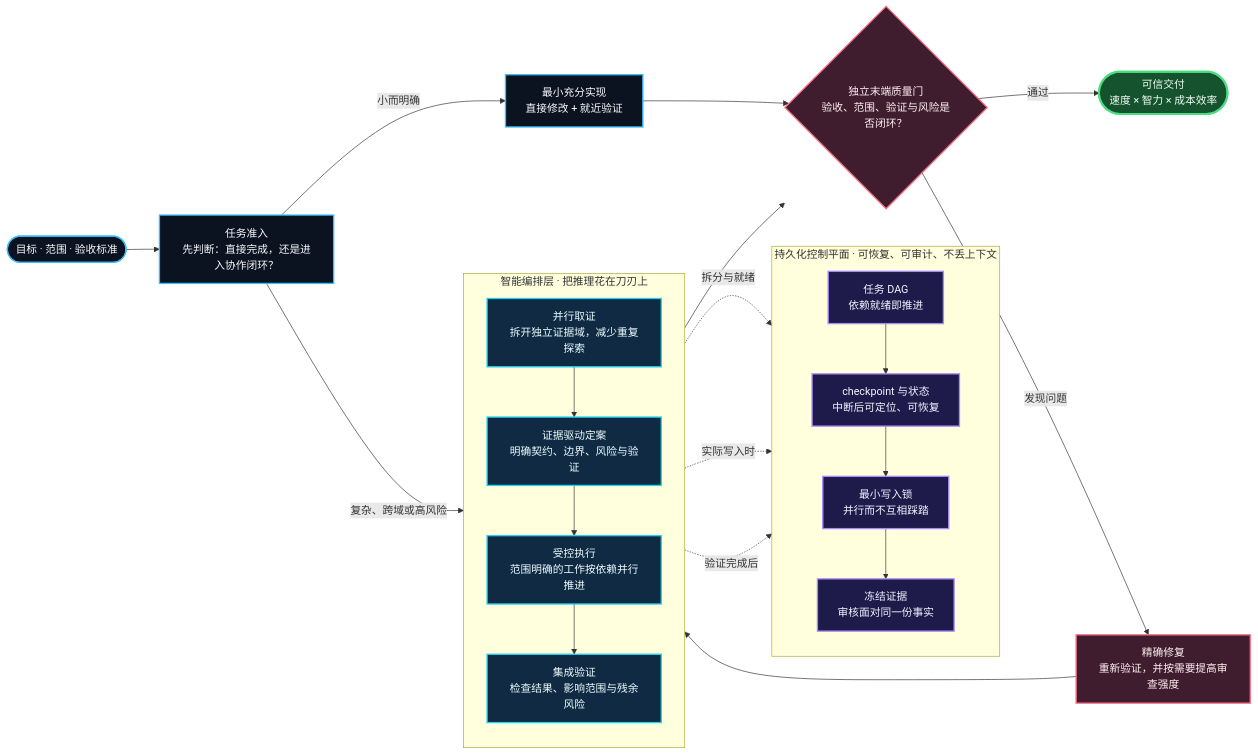
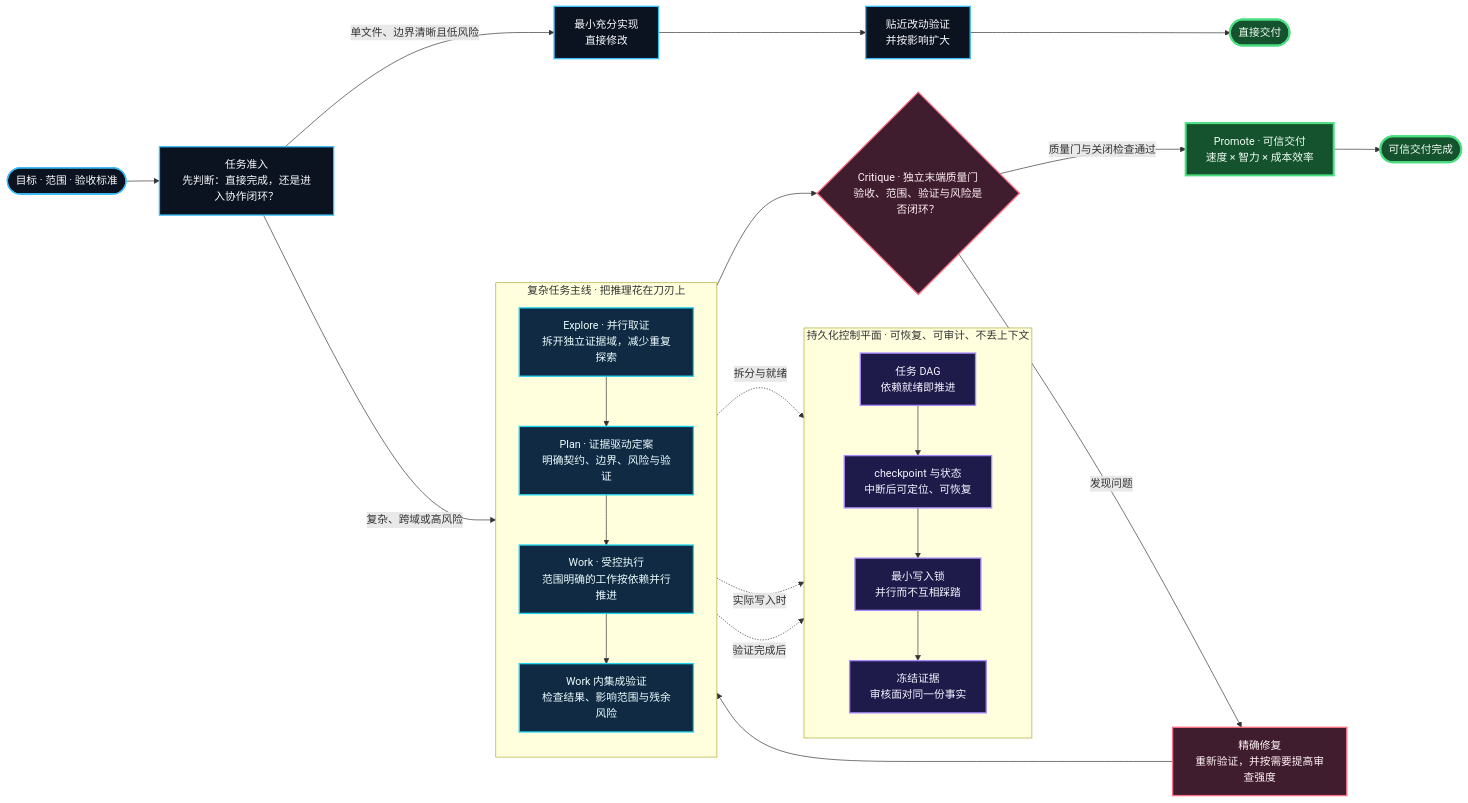
The diagram in README.md (huanmin123/ai-vibecode-superpower), drawn with Mermaid before and after one commit. The commit also changed other lines of this file and 3 other files, not shown here.

````diff
--- a/README.md
+++ b/README.md
@@ -20,46 +20,48 @@
 ```mermaid
 flowchart LR
     USER(["目标 · 范围 · 验收标准"]) --> INTAKE["任务准入<br/>先判断：直接完成，还是进入协作闭环？"]
 
-    INTAKE -->|"小而明确"| DIRECT["最小充分实现<br/>直接修改 + 就近验证"]
-    INTAKE -->|"复杂、跨域或高风险"| DISCOVER
+    INTAKE -->|"单文件、边界清晰且低风险"| DIRECT["最小充分实现<br/>直接修改"]
+    DIRECT --> LOCAL_VERIFY["贴近改动验证<br/>并按影响扩大"]
+    LOCAL_VERIFY --> DIRECT_DELIVERY(["直接交付"])
+    INTAKE -->|"复杂、跨域或高风险"| EXPLORE
 
-    subgraph INTEL["智能编排层 · 把推理花在刀刃上"]
+    subgraph INTEL["复杂任务主线 · 把推理花在刀刃上"]
         direction TB
-        DISCOVER["并行取证<br/>拆开独立证据域，减少重复探索"]
-        DESIGN["证据驱动定案<br/>明确契约、边界、风险与验证"]
-        EXECUTE["受控执行<br/>范围明确的工作按依赖并行推进"]
-        VERIFY["集成验证<br/>检查结果、影响范围与残余风险"]
-        DISCOVER --> DESIGN --> EXECUTE --> VERIFY
+        EXPLORE["Explore · 并行取证<br/>拆开独立证据域，减少重复探索"]
+        PLAN["Plan · 证据驱动定案<br/>明确契约、边界、风险与验证"]
+        WORK["Work · 受控执行<br/>范围明确的工作按依赖并行推进"]
+        VERIFY["Work 内集成验证<br/>检查结果、影响范围与残余风险"]
+        EXPLORE --> PLAN --> WORK --> VERIFY
     end
 
     subgraph CONTROL["持久化控制平面 · 可恢复、可审计、不丢上下文"]
         direction TB
         DAG["任务 DAG<br/>依赖就绪即推进"]
         STATE["checkpoint 与状态<br/>中断后可定位、可恢复"]
         LOCK["最小写入锁<br/>并行而不互相踩踏"]
         EVIDENCE["冻结证据<br/>审核面对同一份事实"]
         DAG --> STATE --> LOCK --> EVIDENCE
     end
 
-    DISCOVER -.->|"拆分与就绪"| DAG
-    EXECUTE -.->|"实际写入时"| LOCK
+    EXPLORE -.->|"拆分与就绪"| DAG
+    WORK -.->|"实际写入时"| LOCK
     VERIFY -.->|"验证完成后"| EVIDENCE
 
-    DIRECT --> GATE
-    VERIFY --> GATE{"独立末端质量门<br/>验收、范围、验证与风险是否闭环？"}
-    GATE -->|"通过"| DELIVERY(["可信交付<br/>速度 × 智力 × 成本效率"])
-    GATE -->|"发现问题"| REPAIR["精确修复<br/>重新验证，并按需要提高审查强度"]
-    REPAIR --> EXECUTE
+    VERIFY --> CRITIQUE{"Critique · 独立末端质量门<br/>验收、范围、验证与风险是否闭环？"}
+    CRITIQUE -->|"质量门与关闭检查通过"| PROMOTE["Promote · 可信交付<br/>速度 × 智力 × 成本效率"]
+    PROMOTE --> DELIVERY(["可信交付完成"])
+    CRITIQUE -->|"发现问题"| REPAIR["精确修复<br/>重新验证，并按需要提高审查强度"]
+    REPAIR --> WORK
 
     classDef start fill:#0b1220,stroke:#38bdf8,color:#f8fafc,stroke-width:2px;
     classDef smart fill:#102a43,stroke:#22d3ee,color:#ecfeff,stroke-width:2px;
     classDef control fill:#1e1b4b,stroke:#a78bfa,color:#f5f3ff,stroke-width:2px;
     classDef gate fill:#3f1d2e,stroke:#fb7185,color:#fff1f2,stroke-width:2px;
     classDef result fill:#14532d,stroke:#4ade80,color:#f0fdf4,stroke-width:3px;
-    class USER,INTAKE,DIRECT start;
-    class DISCOVER,DESIGN,EXECUTE,VERIFY smart;
+    class USER,INTAKE,DIRECT,LOCAL_VERIFY start;
+    class EXPLORE,PLAN,WORK,VERIFY smart;
     class DAG,STATE,LOCK,EVIDENCE control;
-    class GATE,REPAIR gate;
-    class DELIVERY result;
+    class CRITIQUE,REPAIR gate;
+    class PROMOTE,DELIVERY,DIRECT_DELIVERY result;
 ```
````
